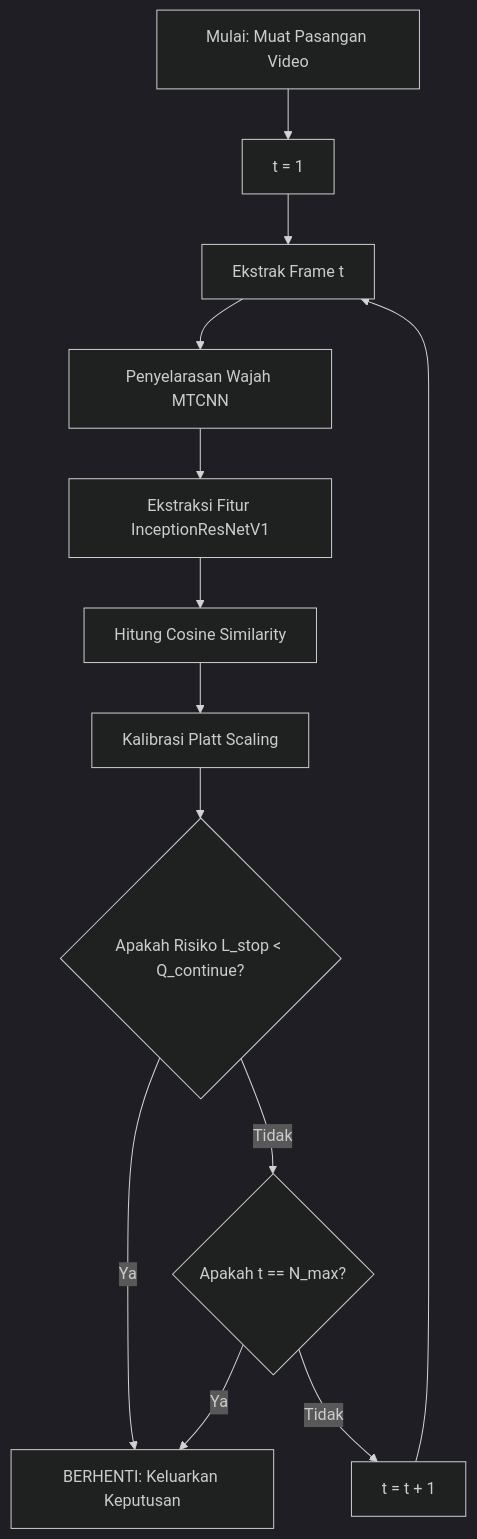
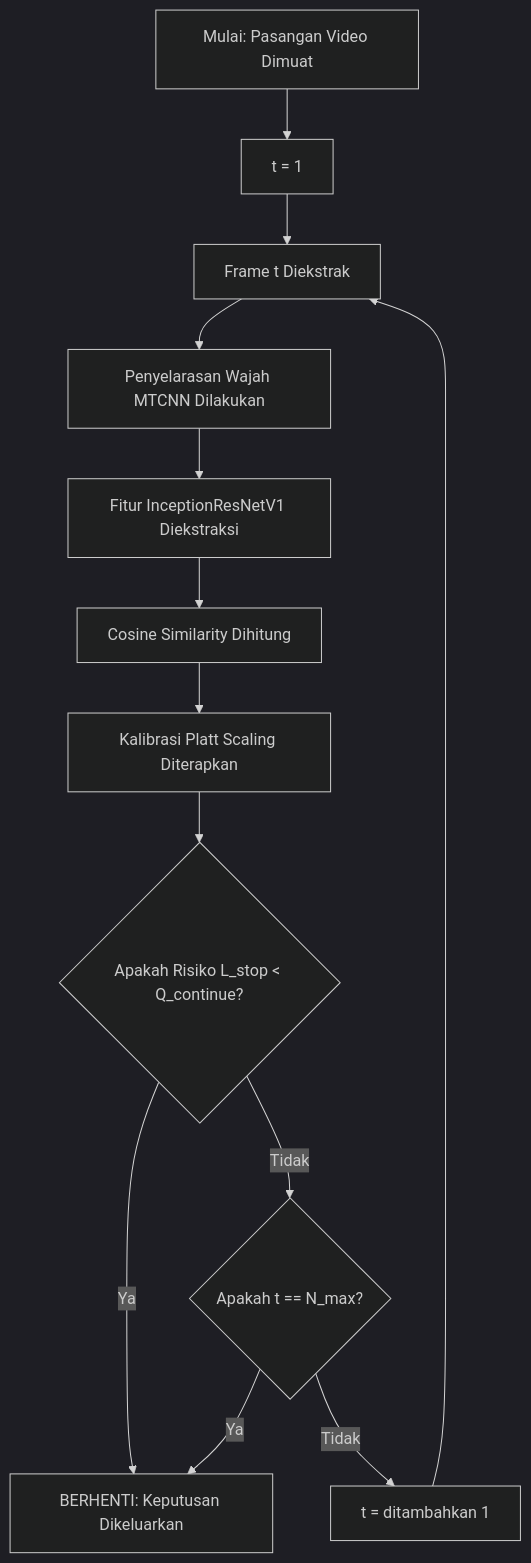
The first of 2 diagrams in README.md (eLsann/EDAV), drawn with Mermaid (dark theme) before and after one commit. The commit also changed other lines of this file, not shown here.

````diff
--- a/README.md
+++ b/README.md
@@ -33,15 +33,15 @@
 ```mermaid
 graph TD
-    A[Mulai: Muat Pasangan Video] --> B[t = 1]
-    B --> C[Ekstrak Frame t]
-    C --> D[Penyelarasan Wajah MTCNN]
-    D --> E[Ekstraksi Fitur InceptionResNetV1]
-    E --> F[Hitung Cosine Similarity]
-    F --> G[Kalibrasi Platt Scaling]
+    A[Mulai: Pasangan Video Dimuat] --> B[t = 1]
+    B --> C[Frame t Diekstrak]
+    C --> D[Penyelarasan Wajah MTCNN Dilakukan]
+    D --> E[Fitur InceptionResNetV1 Diekstraksi]
+    E --> F[Cosine Similarity Dihitung]
+    F --> G[Kalibrasi Platt Scaling Diterapkan]
     G --> H{Apakah Risiko L_stop < Q_continue?}
-    H -- Ya --> I[BERHENTI: Keluarkan Keputusan]
+    H -- Ya --> I[BERHENTI: Keputusan Dikeluarkan]
     H -- Tidak --> J{Apakah t == N_max?}
-    J -- Tidak --> K[t = t + 1]
+    J -- Tidak --> K[t = ditambahkan 1]
     K --> C
     J -- Ya --> I
 ```
````
